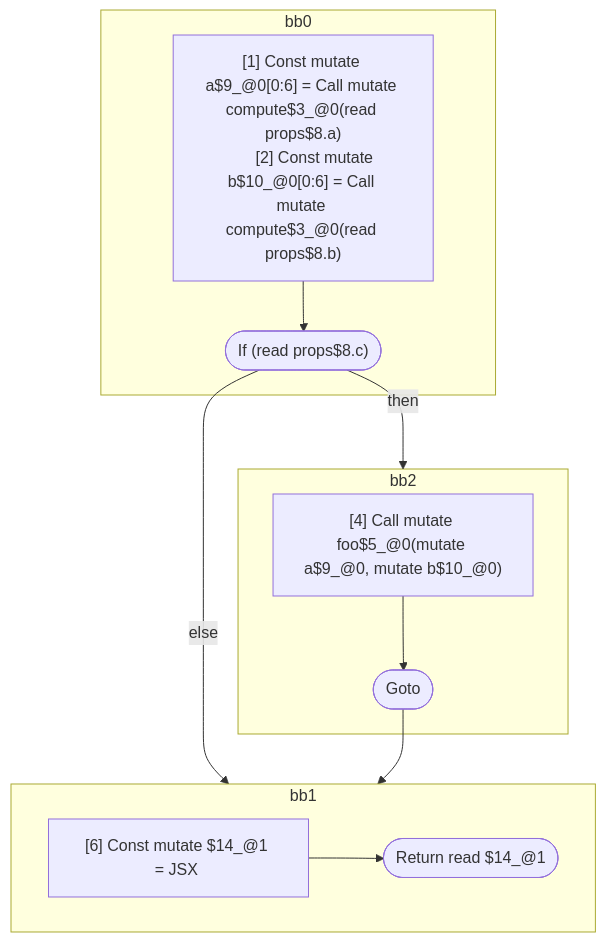
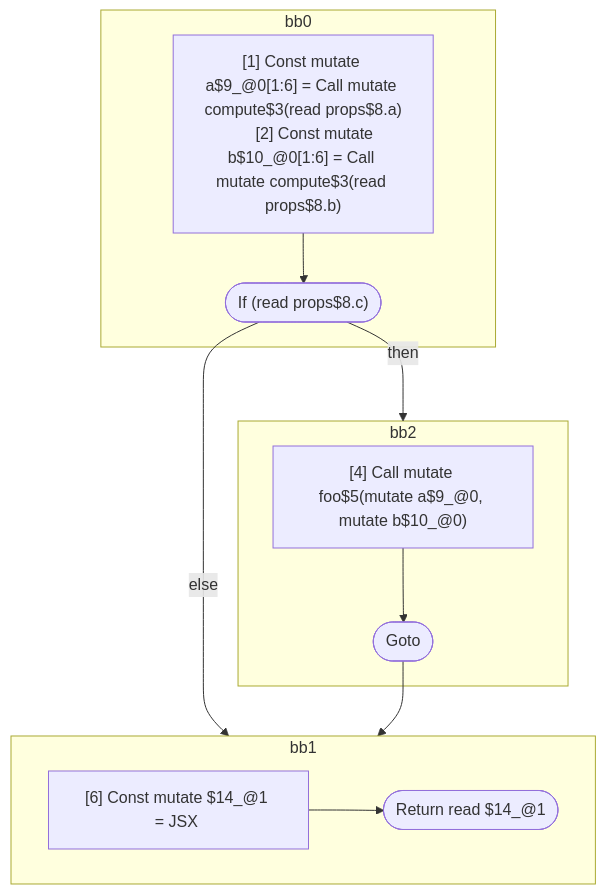
The fourth of 4 diagrams in compiler/forget/src/__tests__/fixtures/hir/interdependent-across-if.expect.md (wutsmog/private), drawn with Mermaid before and after one commit. The commit also changed other lines of this file and 100 other files, not shown here.

````diff
--- a/compiler/forget/src/__tests__/fixtures/hir/interdependent-across-if.expect.md
+++ b/compiler/forget/src/__tests__/fixtures/hir/interdependent-across-if.expect.md
@@ -133,29 +188,29 @@
 ```mermaid
 flowchart TB
   %% Basic Blocks
   subgraph bb0
     bb0_instrs["
-      [1] Const mutate a$9_@0[0:6] = Call mutate compute$3_@0(read props$8.a)
-      [2] Const mutate b$10_@0[0:6] = Call mutate compute$3_@0(read props$8.b)
+      [1] Const mutate a$9_@0[1:6] = Call mutate compute$3(read props$8.a)
+      [2] Const mutate b$10_@0[1:6] = Call mutate compute$3(read props$8.b)
     "]
     bb0_instrs --> bb0_terminal(["If (read props$8.c)"])
   end
   subgraph bb2
     bb2_instrs["
-      [4] Call mutate foo$5_@0(mutate a$9_@0, mutate b$10_@0)
+      [4] Call mutate foo$5(mutate a$9_@0, mutate b$10_@0)
     "]
     bb2_instrs --> bb2_terminal(["Goto"])
   end
   subgraph bb1
     bb1_instrs["
       [6] Const mutate $14_@1 = JSX <read Foo$6 a={freeze a$9_@0} b={freeze b$10_@0} ></read Foo$6>
     "]
     bb1_instrs --> bb1_terminal(["Return read $14_@1"])
   end
 
   %% Jumps
   bb0_terminal -- "then" --> bb2
   bb0_terminal -- "else" --> bb1
   bb2_terminal --> bb1
 
 ```
````
